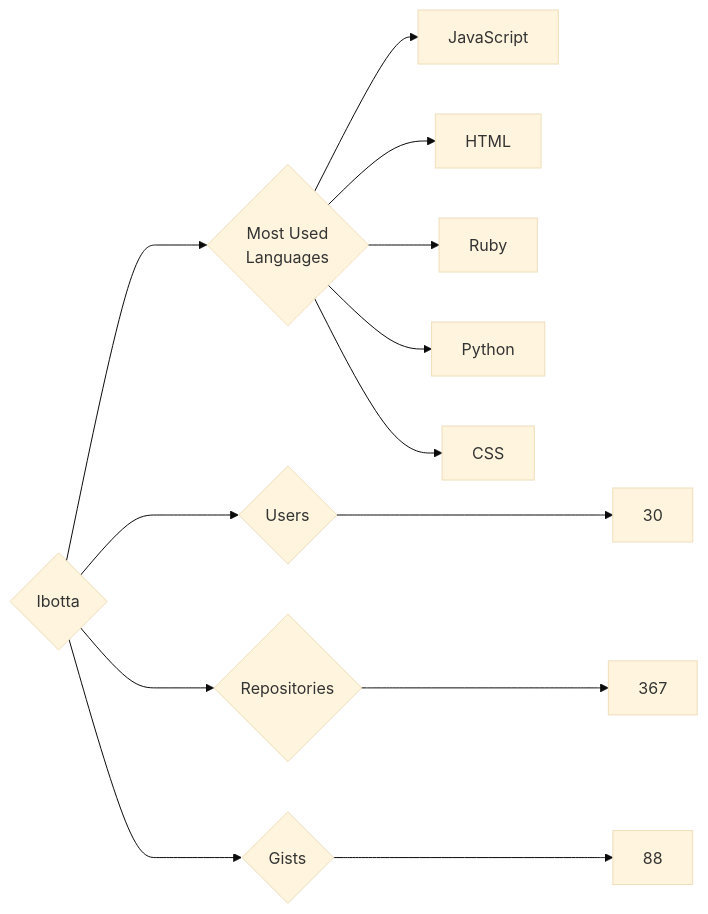
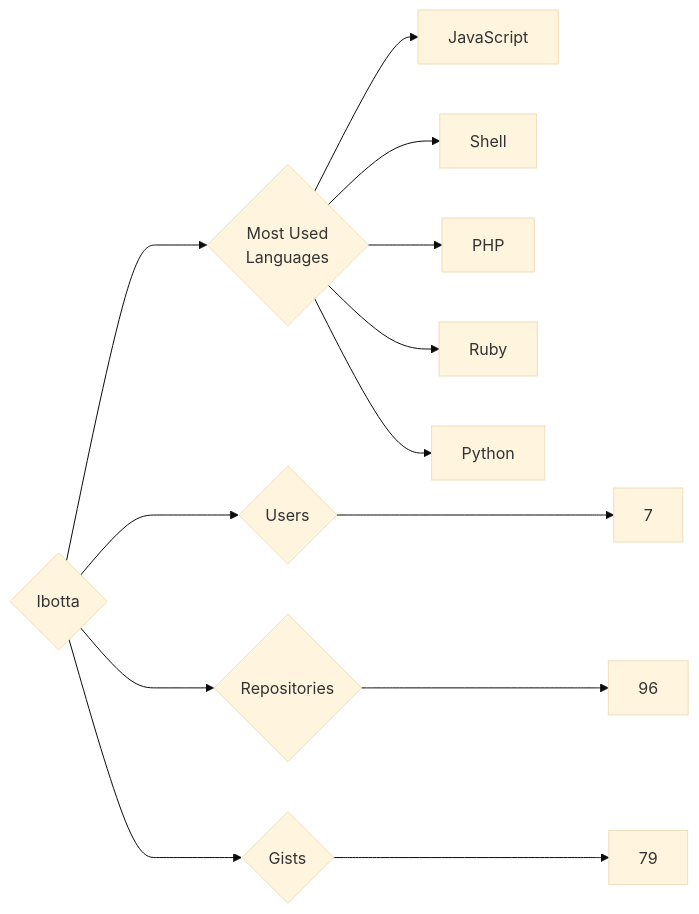
The diagram in targets/Ibotta/README.md (trickest/insiders), drawn with Mermaid (base theme) before and after one commit. The commit also changed 888 other files, not shown here.

````diff
--- a/targets/Ibotta/README.md
+++ b/targets/Ibotta/README.md
@@ -3,13 +3,13 @@
 ```mermaid
 graph LR
 COMPANY_NAME{Ibotta}
-COMPANY_NAME ---> U{Users} ---> UN[30]
-COMPANY_NAME ---> R{Repositories} ---> RN[367]
-COMPANY_NAME ---> G{Gists} ---> GN[88]
+COMPANY_NAME ---> U{Users} ---> UN[7]
+COMPANY_NAME ---> R{Repositories} ---> RN[96]
+COMPANY_NAME ---> G{Gists} ---> GN[79]
 COMPANY_NAME ---> ML{Most Used<br>Languages}
 ML --> JavaScript[JavaScript]
-ML --> HTML[HTML]
+ML --> Shell[Shell]
+ML --> PHP[PHP]
 ML --> Ruby[Ruby]
 ML --> Python[Python]
-ML --> CSS[CSS]
 ```
````
